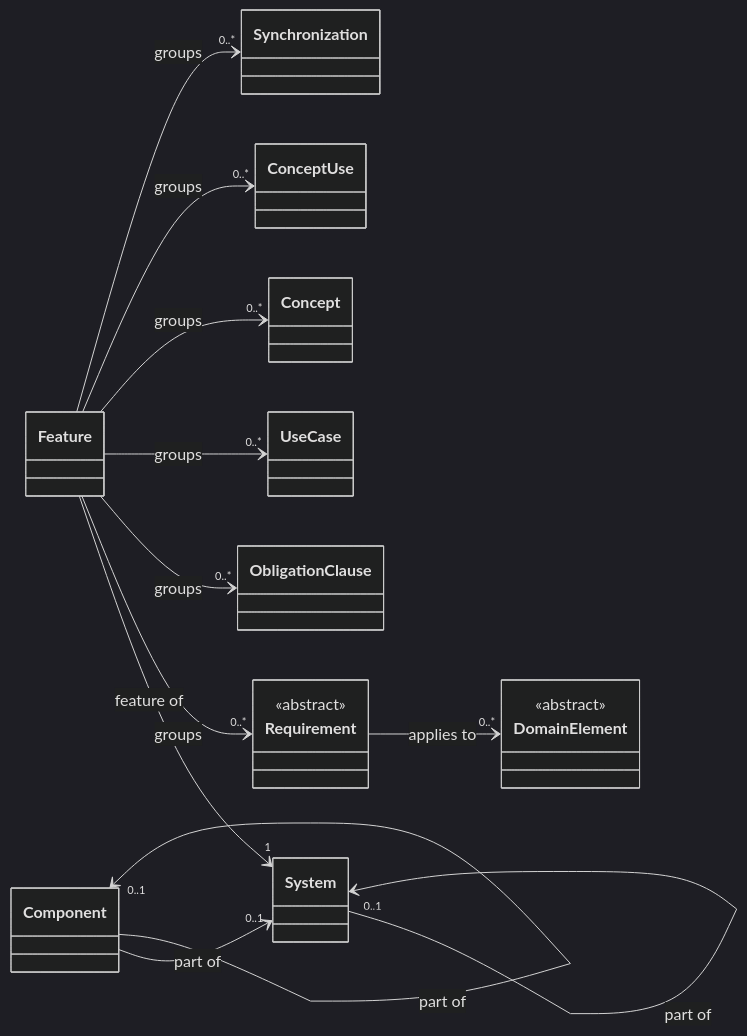
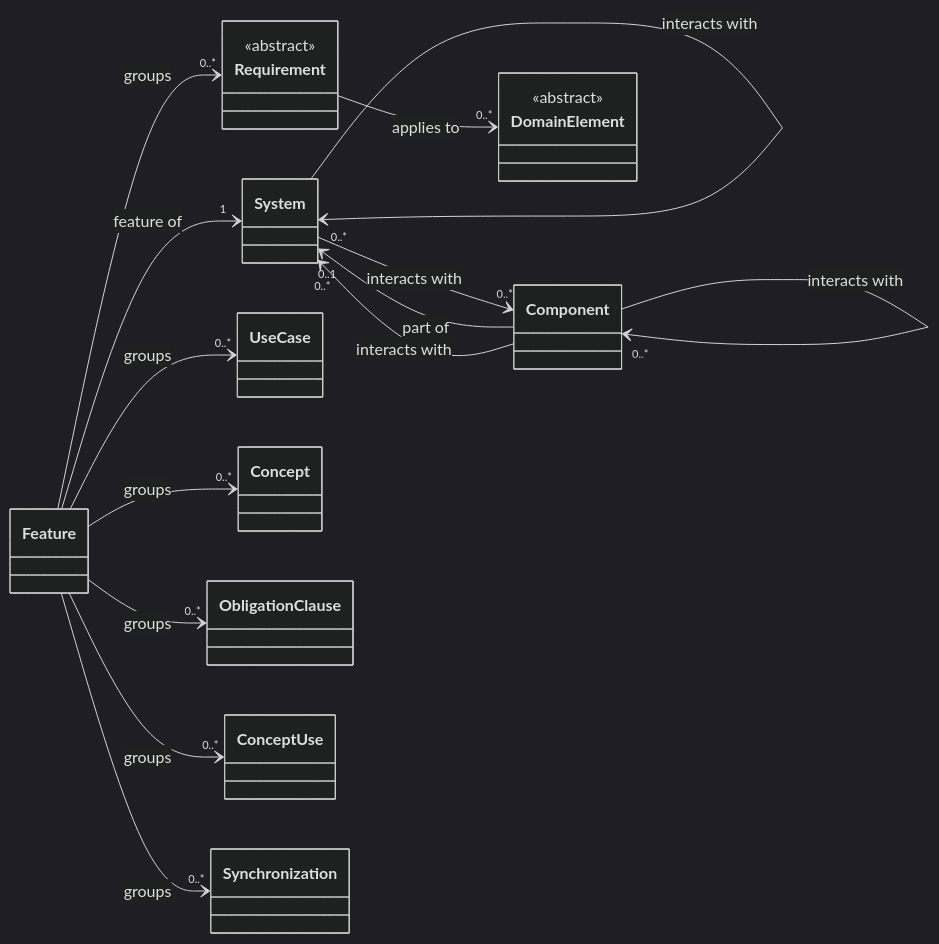
The second of 14 diagrams in docs/reference/model/core.md (craigsmitham/dotspec), drawn with Mermaid (dark theme) before and after one commit. The commit also changed other lines of this file and 50 other files, not shown here.

````diff
--- a/docs/reference/model/core.md
+++ b/docs/reference/model/core.md
@@ -56,27 +56,31 @@
 ```mermaid
 classDiagram
     direction LR
     class System
     class Component
     class Feature
     class Requirement
     <<abstract>> Requirement
     class UseCase
     class Concept
     class ObligationClause
     class ConceptUse
     class Synchronization
     class DomainElement
     <<abstract>> DomainElement
     System --> "0..1" System : part of
     Component --> "0..1" System : part of
     Component --> "0..1" Component : part of
     Feature --> "1" System : feature of
     Feature --> "0..*" Requirement : groups
     Feature --> "0..*" ObligationClause : groups
     Feature --> "0..*" UseCase : groups
     Feature --> "0..*" Concept : groups
     Feature --> "0..*" ConceptUse : groups
     Feature --> "0..*" Synchronization : groups
     Requirement --> "0..*" DomainElement : applies to
+    System --> "0..*" System : interacts with
+    System --> "0..*" Component : interacts with
+    Component --> "0..*" System : interacts with
+    Component --> "0..*" Component : interacts with
 ```
````
